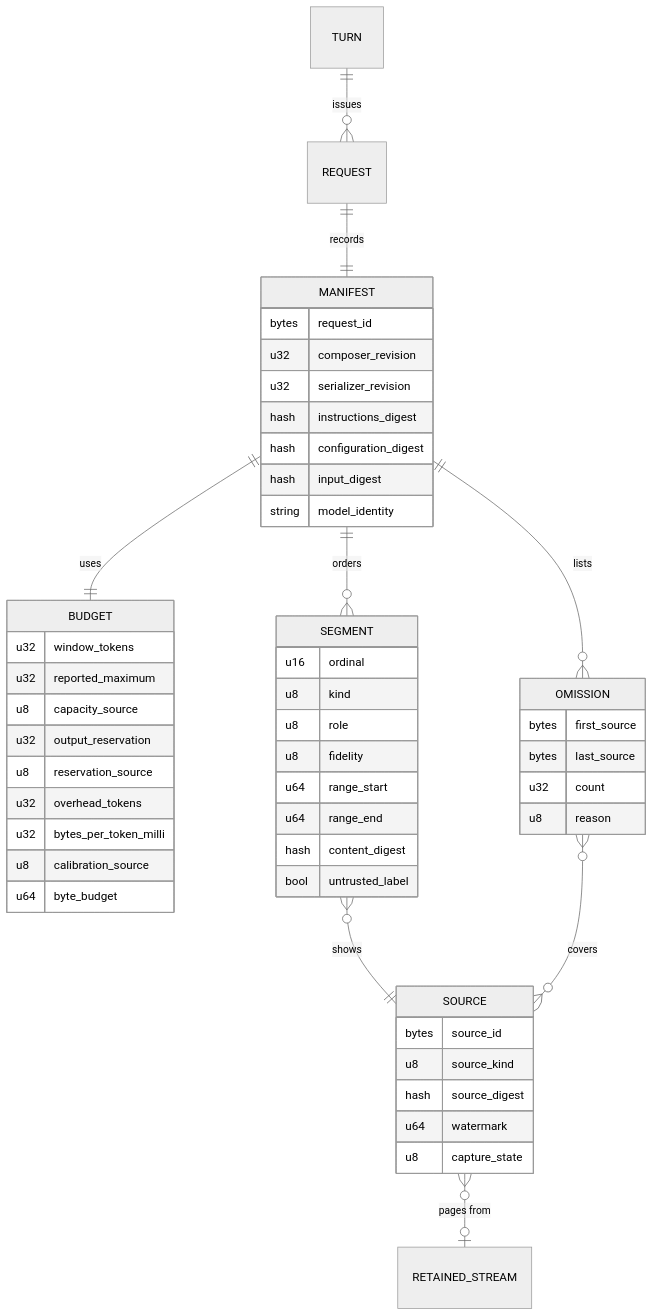
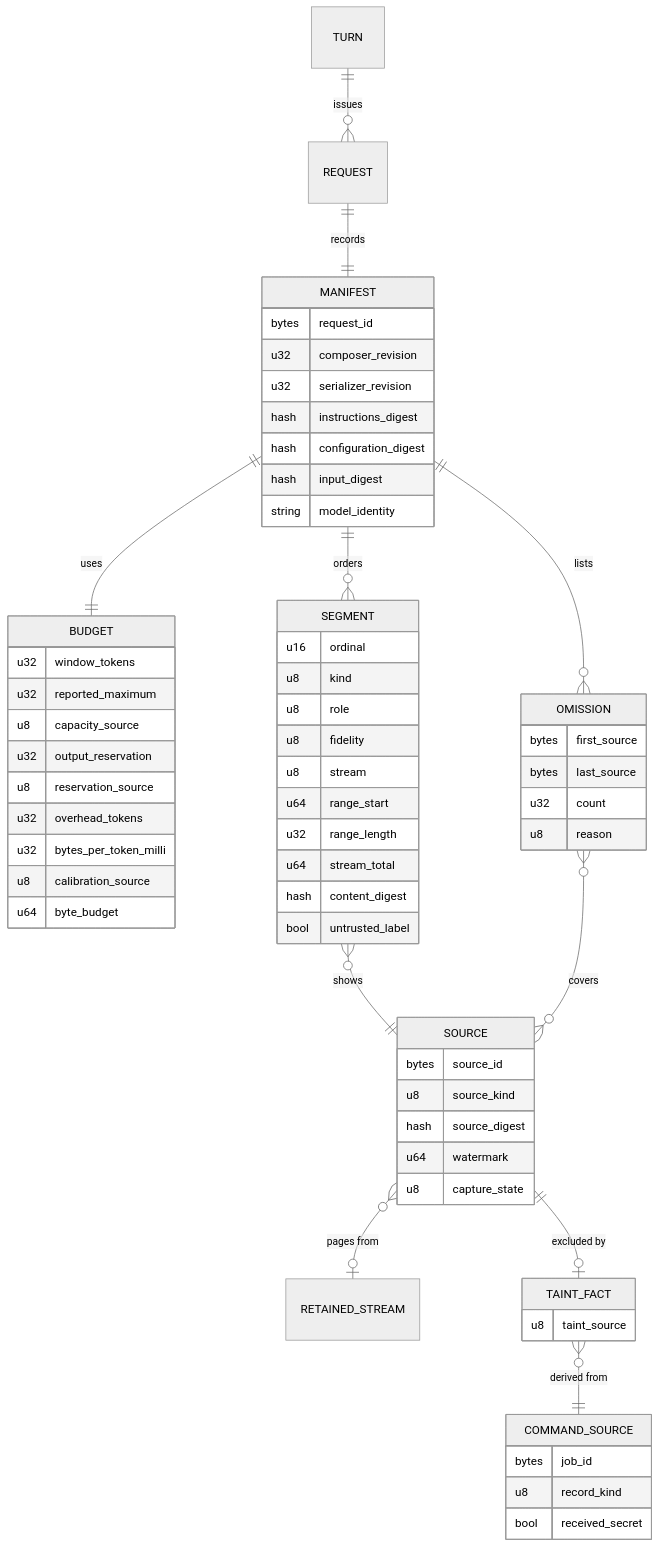
One commit to pidster/asura changed the seventh of 9 diagrams in docs/designs/context-composer.md. Above: the diagram before and after it, drawn with Mermaid (neutral theme). The commit also changed other lines of this file and 5 other files, not shown here.

````diff
--- a/docs/designs/context-composer.md
+++ b/docs/designs/context-composer.md
@@ -673,54 +839,66 @@
 ```mermaid
 erDiagram
     TURN ||--o{ REQUEST : issues
     REQUEST ||--|| MANIFEST : records
     MANIFEST ||--|| BUDGET : uses
     MANIFEST ||--o{ SEGMENT : orders
     MANIFEST ||--o{ OMISSION : lists
     SEGMENT }o--|| SOURCE : shows
     OMISSION }o--o{ SOURCE : covers
     SOURCE }o--o| RETAINED_STREAM : "pages from"
+    SOURCE ||--o| TAINT_FACT : "excluded by"
+    TAINT_FACT }o--|| COMMAND_SOURCE : "derived from"
+    TAINT_FACT {
+        u8 taint_source
+    }
+    COMMAND_SOURCE {
+        bytes job_id
+        u8 record_kind
+        bool received_secret
+    }
     MANIFEST {
         bytes request_id
         u32 composer_revision
         u32 serializer_revision
         hash instructions_digest
         hash configuration_digest
         hash input_digest
         string model_identity
     }
     BUDGET {
         u32 window_tokens
         u32 reported_maximum
         u8 capacity_source
         u32 output_reservation
         u8 reservation_source
         u32 overhead_tokens
         u32 bytes_per_token_milli
         u8 calibration_source
         u64 byte_budget
     }
     SEGMENT {
         u16 ordinal
         u8 kind
         u8 role
         u8 fidelity
+        u8 stream
         u64 range_start
-        u64 range_end
+        u32 range_length
+        u64 stream_total
         hash content_digest
         bool untrusted_label
     }
     SOURCE {
         bytes source_id
         u8 source_kind
         hash source_digest
         u64 watermark
         u8 capture_state
     }
     OMISSION {
         bytes first_source
         bytes last_source
         u32 count
         u8 reason
     }
 ```
````
